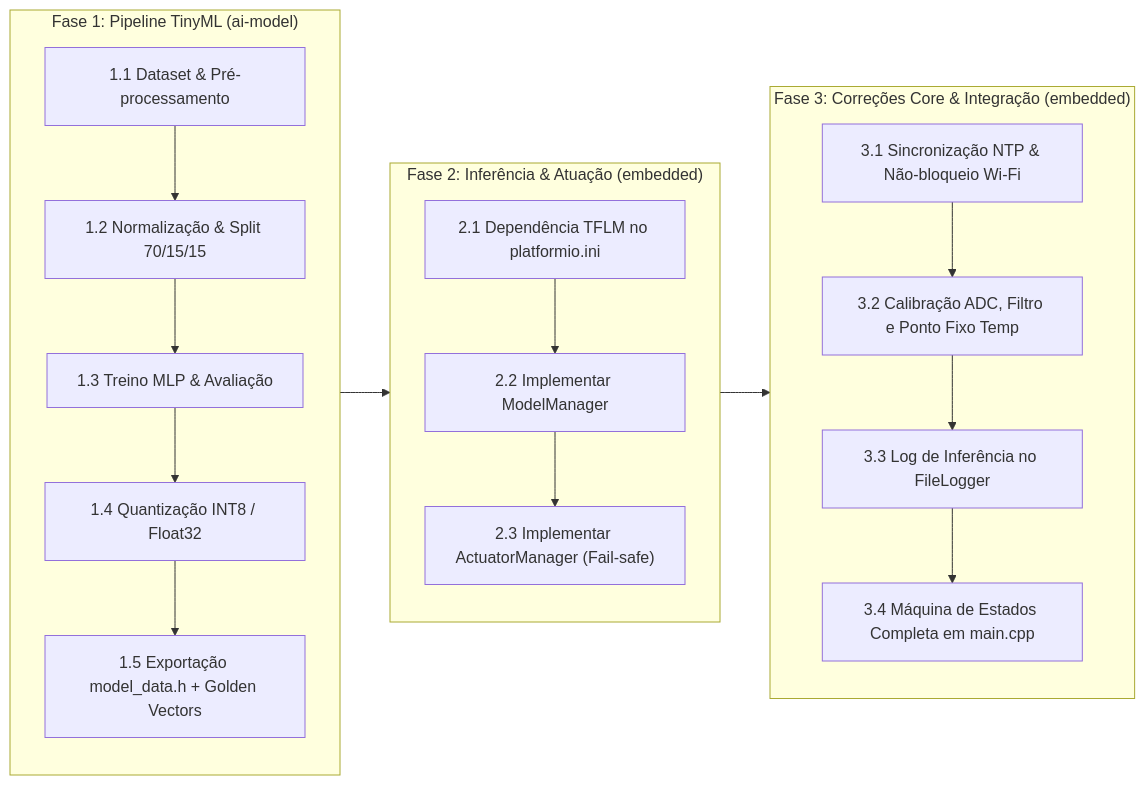
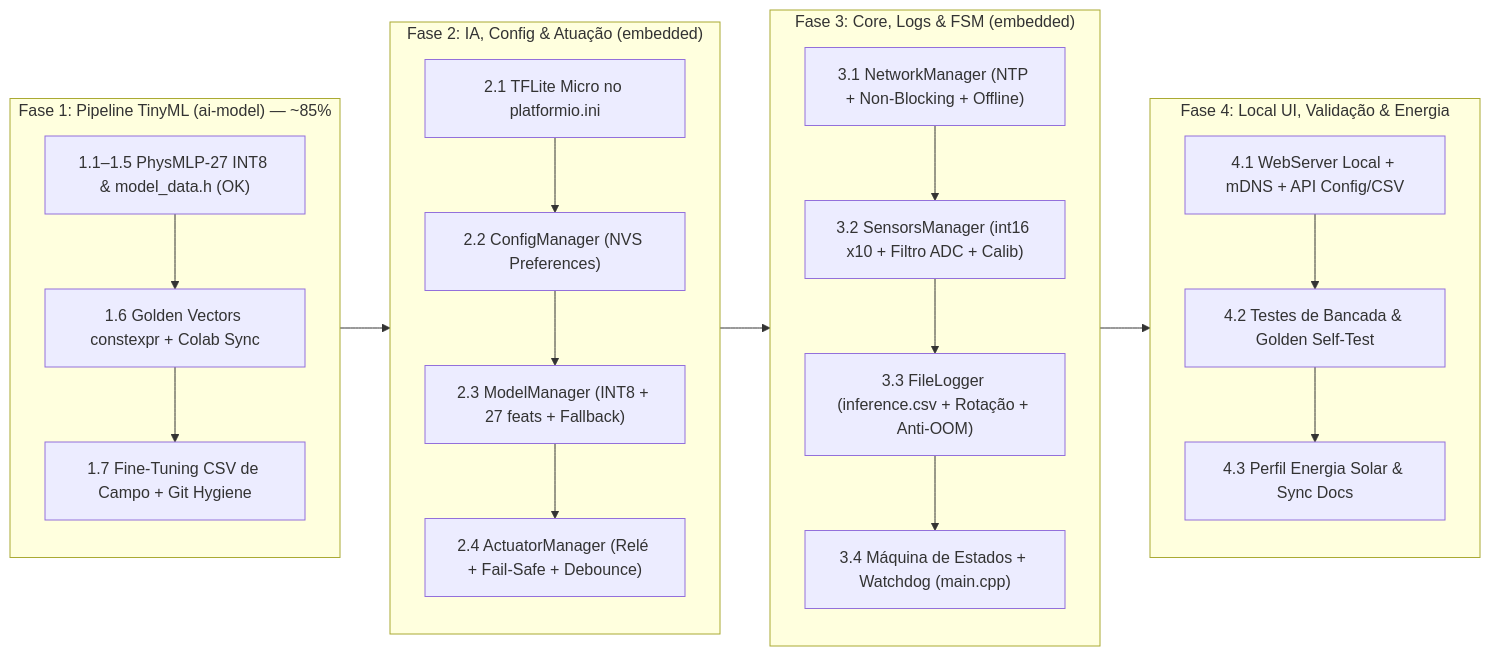
The diagram in docs/ACTION_PLAN_AI_FIRMWARE.md (pibex2026/sistema-de-irrigacao-inteligente), drawn with Mermaid before and after one commit. The commit also changed other lines of this file and 1 other file, not shown here.

````diff
--- a/docs/ACTION_PLAN_AI_FIRMWARE.md
+++ b/docs/ACTION_PLAN_AI_FIRMWARE.md
@@ -62,22 +117,26 @@
 ```mermaid
 flowchart LR
-    subgraph FASE1["Fase 1: Pipeline TinyML (ai-model)"]
-        A1["1.1 Dataset & Pré-processamento"] --> A2["1.2 Normalização & Split 70/15/15"]
-        A2 --> A3["1.3 Treino MLP & Avaliação"]
-        A3 --> A4["1.4 Quantização INT8 / Float32"]
-        A4 --> A5["1.5 Exportação model_data.h + Golden Vectors"]
+    subgraph FASE1["Fase 1: Pipeline TinyML (ai-model) — ~85%"]
+        A1["1.1–1.5 PhysMLP-27 INT8 & model_data.h (OK)"] --> A2["1.6 Golden Vectors constexpr + Colab Sync"]
+        A2 --> A3["1.7 Fine-Tuning CSV de Campo + Git Hygiene"]
     end
 
-    subgraph FASE2["Fase 2: Inferência & Atuação (embedded)"]
-        B1["2.1 Dependência TFLM no platformio.ini"] --> B2["2.2 Implementar ModelManager"]
-        B2 --> B3["2.3 Implementar ActuatorManager (Fail-safe)"]
+    subgraph FASE2["Fase 2: IA, Config & Atuação (embedded)"]
+        B1["2.1 TFLite Micro no platformio.ini"] --> B2["2.2 ConfigManager (NVS Preferences)"]
+        B2 --> B3["2.3 ModelManager (INT8 + 27 feats + Fallback)"]
+        B3 --> B4["2.4 ActuatorManager (Relé + Fail-Safe + Debounce)"]
     end
 
-    subgraph FASE3["Fase 3: Correções Core & Integração (embedded)"]
-        C1["3.1 Sincronização NTP & Não-bloqueio Wi-Fi"] --> C2["3.2 Calibração ADC, Filtro e Ponto Fixo Temp"]
-        C2 --> C3["3.3 Log de Inferência no FileLogger"]
-        C3 --> C4["3.4 Máquina de Estados Completa em main.cpp"]
+    subgraph FASE3["Fase 3: Core, Logs & FSM (embedded)"]
+        C1["3.1 NetworkManager (NTP + Non-Blocking + Offline)"] --> C2["3.2 SensorsManager (int16 x10 + Filtro ADC + Calib)"]
+        C2 --> C3["3.3 FileLogger (inference.csv + Rotação + Anti-OOM)"]
+        C3 --> C4["3.4 Máquina de Estados + Watchdog (main.cpp)"]
     end
 
-    FASE1 --> FASE2 --> FASE3
+    subgraph FASE4["Fase 4: Local UI, Validação & Energia"]
+        D1["4.1 WebServer Local + mDNS + API Config/CSV"] --> D2["4.2 Testes de Bancada & Golden Self-Test"]
+        D2 --> D3["4.3 Perfil Energia Solar & Sync Docs"]
+    end
+
+    FASE1 --> FASE2 --> FASE3 --> FASE4
 ```
````
